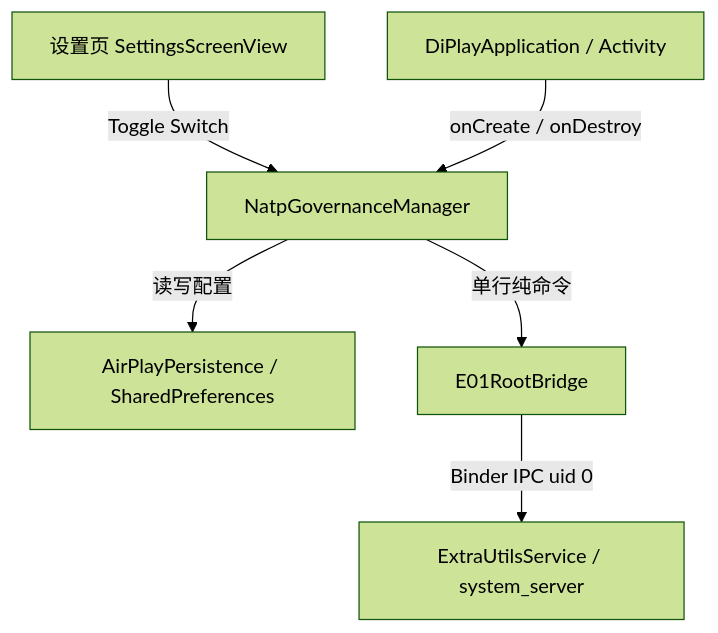
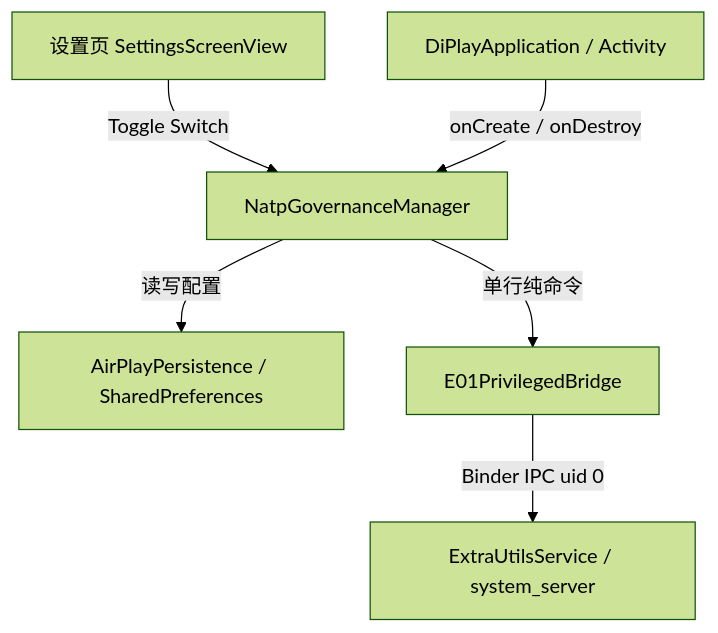
One commit to MarioZero99/DiPlay-Geely-E01 changed the third of 3 diagrams in docs/2026-10-22-natp与晓咖联合治理方案.md. Above: the diagram before and after it, drawn with Mermaid (forest theme). The commit also changed other lines of this file and 3 other files, not shown here.

Commit message:
docs: document natp governance architecture and update implementation plan

````diff
--- a/docs/2026-10-22-natp与晓咖联合治理方案.md
+++ b/docs/2026-10-22-natp与晓咖联合治理方案.md
@@ -165,8 +165,8 @@
 ```mermaid
 graph TD
     UI[设置页 SettingsScreenView] -->|Toggle Switch| MGR[NatpGovernanceManager]
     APP[DiPlayApplication / Activity] -->|onCreate / onDestroy| MGR
     MGR -->|读写配置| PREF[AirPlayPersistence / SharedPreferences]
-    MGR -->|单行纯命令| BRIDGE[E01RootBridge]
+    MGR -->|单行纯命令| BRIDGE[E01PrivilegedBridge]
     BRIDGE -->|Binder IPC uid 0| SYS[ExtraUtilsService / system_server]
 ```
````
